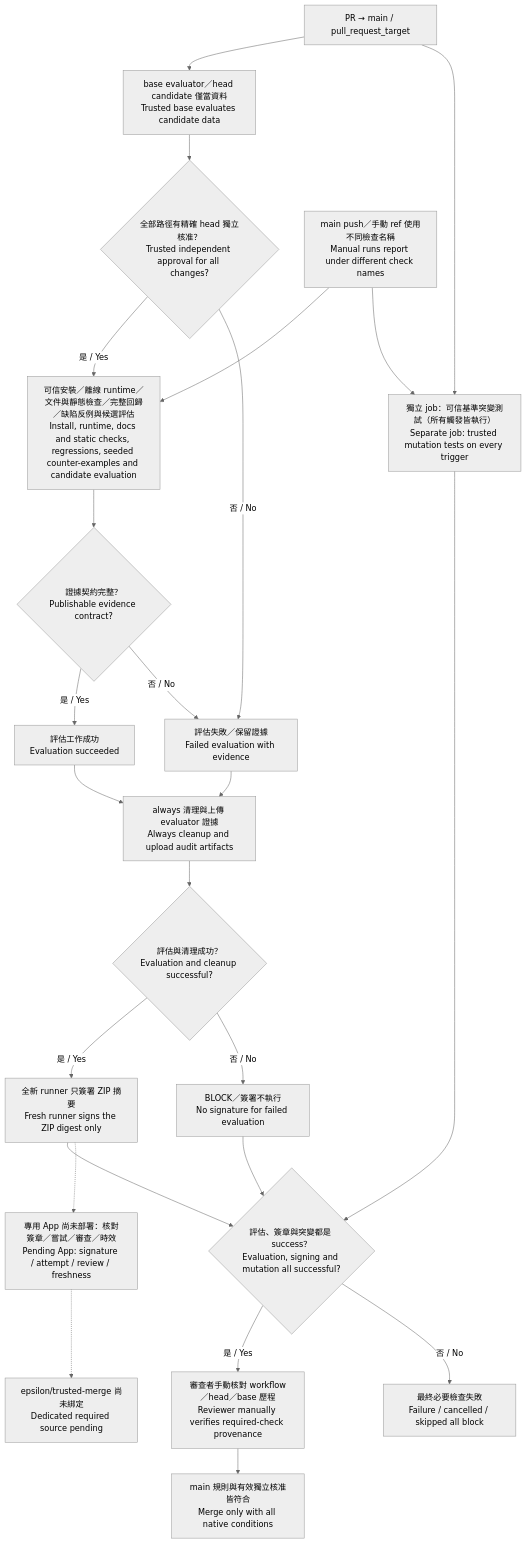
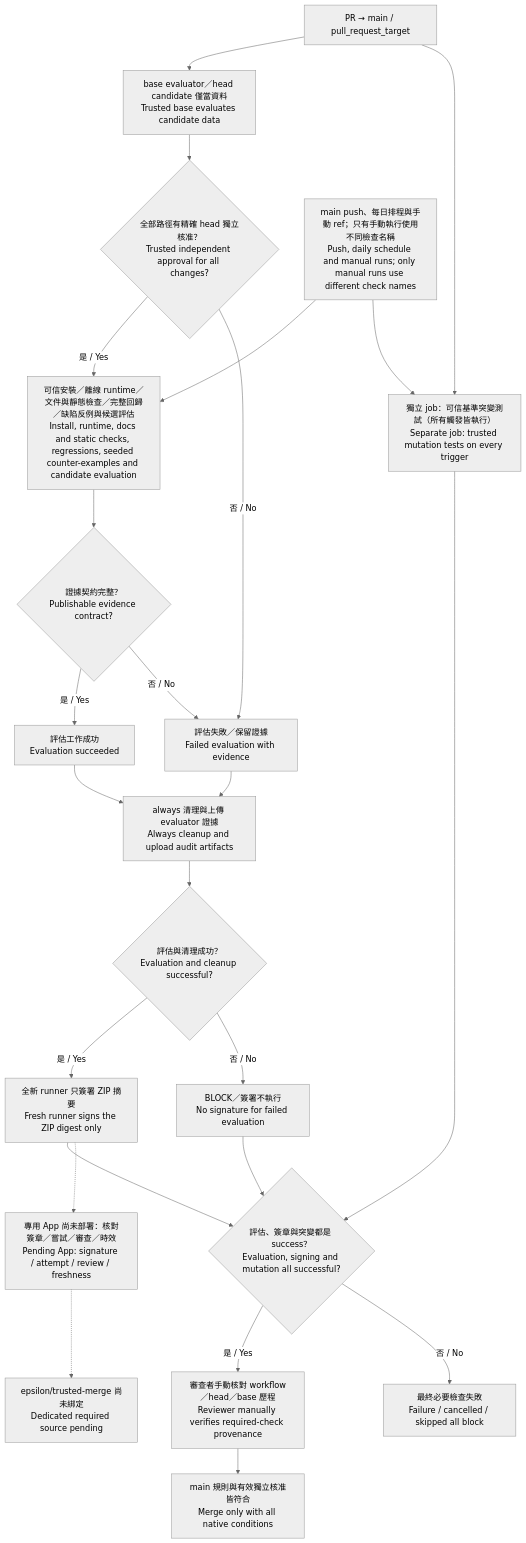
One commit to chinchiang/MultiAgentEpsilon changed the diagram in docs/diagrams/ci-flow.mmd. Above: the diagram before and after it, drawn with Mermaid (neutral theme). The commit also changed 12 other files, not shown here.

```diff
--- a/docs/diagrams/ci-flow.mmd
+++ b/docs/diagrams/ci-flow.mmd
@@ -1,24 +1,24 @@
 flowchart TB
     PR["PR → main / pull_request_target"] --> Checkout["base evaluator／head candidate 僅當資料<br/>Trusted base evaluates candidate data"]
     Checkout --> Guard{"全部路徑有精確 head 獨立核准？<br/>Trusted independent approval for all changes?"}
     Guard -->|"是 / Yes"| Evaluate["可信安裝／離線 runtime／文件與靜態檢查／完整回歸／缺陷反例與候選評估<br/>Install, runtime, docs and static checks, regressions, seeded counter-examples and candidate evaluation"]
     Guard -->|"否 / No"| Failed["評估失敗／保留證據<br/>Failed evaluation with evidence"]
-    Other["main push／手動 ref 使用不同檢查名稱<br/>Manual runs report under different check names"] --> Evaluate
+    Other["main push、每日排程與手動 ref；只有手動執行使用不同檢查名稱<br/>Push, daily schedule and manual runs; only manual runs use different check names"] --> Evaluate
     PR --> Mutation["獨立 job：可信基準突變測試（所有觸發皆執行）<br/>Separate job: trusted mutation tests on every trigger"]
     Other --> Mutation
     Evaluate --> Contract{"證據契約完整？<br/>Publishable evidence contract?"}
     Contract -->|"是 / Yes"| Success["評估工作成功<br/>Evaluation succeeded"]
     Contract -->|"否 / No"| Failed
     Success --> Cleanup["always 清理與上傳 evaluator 證據<br/>Always cleanup and upload audit artifacts"]
     Failed --> Cleanup
     Cleanup --> Ready{"評估與清理成功？<br/>Evaluation and cleanup successful?"}
     Ready -->|"是 / Yes"| Sign["全新 runner 只簽署 ZIP 摘要<br/>Fresh runner signs the ZIP digest only"]
     Ready -->|"否 / No"| Block["BLOCK／簽署不執行<br/>No signature for failed evaluation"]
     Sign --> Final{"評估、簽章與突變都是 success？<br/>Evaluation, signing and mutation all successful?"}
     Mutation --> Final
     Block --> Final
     Final -->|"是 / Yes"| Verify["審查者手動核對 workflow／head／base 歷程<br/>Reviewer manually verifies required-check provenance"]
     Final -->|"否 / No"| Deny["最終必要檢查失敗<br/>Failure / cancelled / skipped all block"]
     Verify --> Merge["main 規則與有效獨立核准皆符合<br/>Merge only with all native conditions"]
     Sign -.-> App["專用 App 尚未部署：核對簽章／嘗試／審查／時效<br/>Pending App: signature / attempt / review / freshness"]
     App -.-> Future["epsilon/trusted-merge 尚未綁定<br/>Dedicated required source pending"]
```
